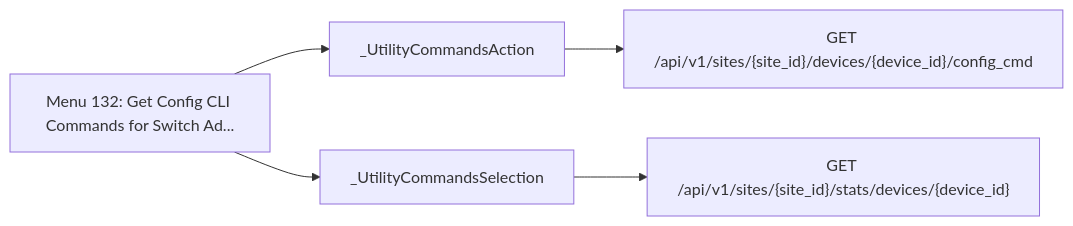
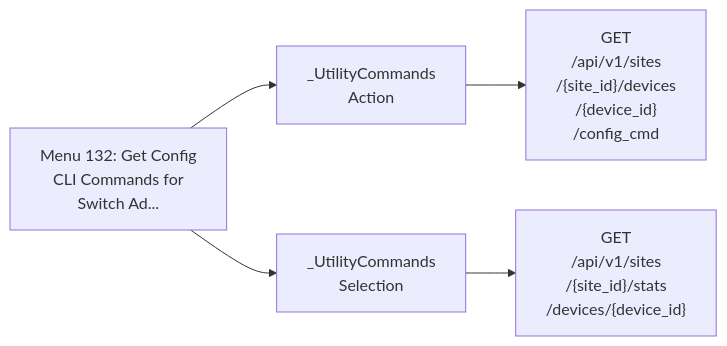
Before and after one commit to jmorrison-juniper/MistHelper: the tenth of 28 diagrams in documentation/menu-api/interactive.md, drawn with Mermaid. The commit also changed other lines of this file and 19 other files, not shown here.

First line of the commit message:
docs(menu-api): fit the Mermaid diagrams to the wiki column

````diff
--- a/documentation/menu-api/interactive.md
+++ b/documentation/menu-api/interactive.md
@@ -374,8 +226,8 @@
 ```mermaid
 flowchart LR
-    menu["Menu 132: Get Config CLI Commands for Switch Ad..."]
-    menu --> c1["_UtilityCommandsAction"]
-    c1 --> e1["GET /api/v1/sites/{site_id}/devices/{device_id}/config_cmd"]
-    menu --> c2["_UtilityCommandsSelection"]
-    c2 --> e2["GET /api/v1/sites/{site_id}/stats/devices/{device_id}"]
+    menu["Menu 132: Get Config<br/>CLI Commands for<br/>Switch Ad..."]
+    menu --> c1["_UtilityCommands<br/>Action"]
+    c1 --> e1["GET<br/>/api/v1/sites<br/>/{site_id}/devices<br/>/{device_id}<br/>/config_cmd"]
+    menu --> c2["_UtilityCommands<br/>Selection"]
+    c2 --> e2["GET<br/>/api/v1/sites<br/>/{site_id}/stats<br/>/devices/{device_id}"]
 ```
````
